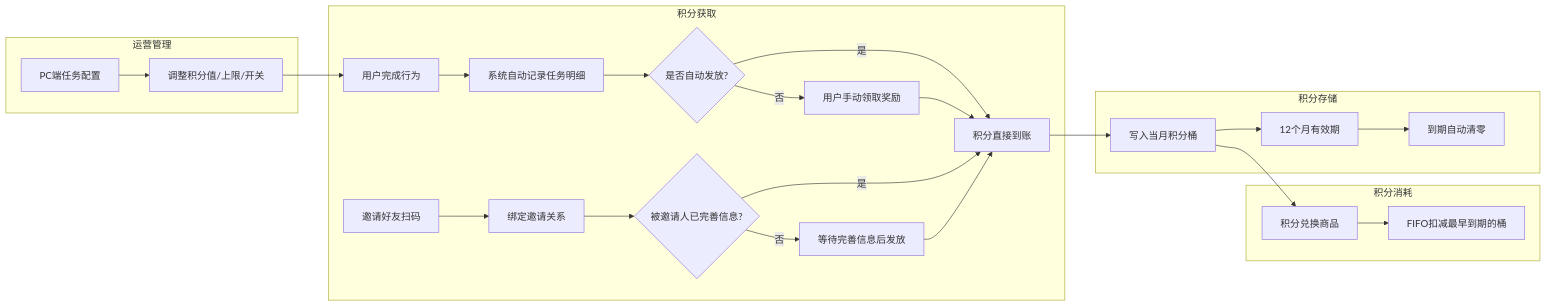
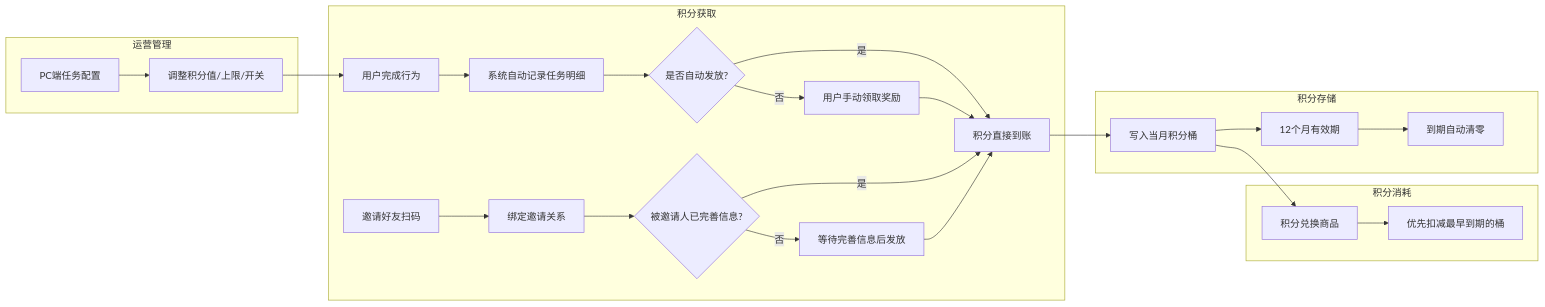
One commit to Atlantix813/yunfanglin-prd changed the diagram in 积分任务系统/v1.0/prd-task-center.md. Above: the diagram before and after it, drawn with Mermaid. The commit also changed other lines of this file and 3 other files, not shown here.

````diff
--- a/积分任务系统/v1.0/prd-task-center.md
+++ b/积分任务系统/v1.0/prd-task-center.md
@@ -48,31 +52,31 @@
 ```mermaid
 flowchart LR
     subgraph 积分获取
         A[用户完成行为] --> B[系统自动记录任务明细]
         B --> C{是否自动发放?}
         C -- 是 --> D[积分直接到账]
         C -- 否 --> E[用户手动领取奖励]
         E --> D
         F[邀请好友扫码] --> G[绑定邀请关系]
         G --> H{被邀请人已完善信息?}
         H -- 是 --> D
         H -- 否 --> I[等待完善信息后发放]
         I --> D
     end
 
     subgraph 积分存储
         D --> J[写入当月积分桶]
         J --> K[12个月有效期]
         K --> L[到期自动清零]
     end
 
     subgraph 积分消耗
         J --> M[积分兑换商品]
-        M --> N[FIFO扣减最早到期的桶]
+        M --> N[优先扣减最早到期的桶]
     end
 
     subgraph 运营管理
         O[PC端任务配置] --> P[调整积分值/上限/开关]
         P --> A
     end
 ```
````
